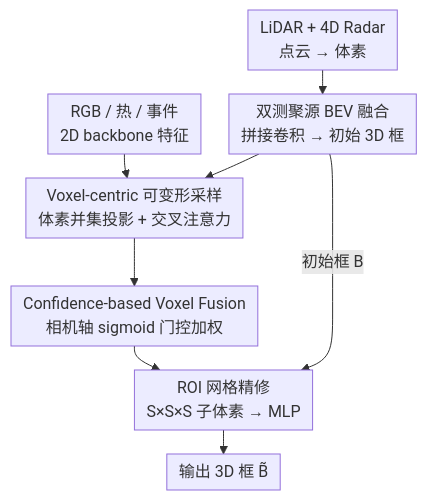
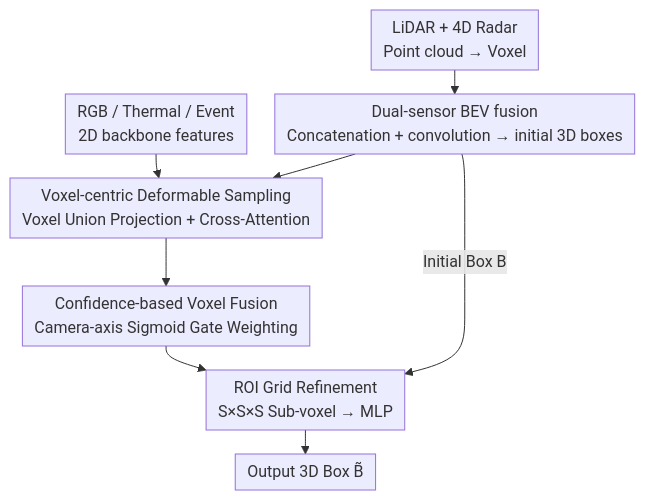
Before and after one commit to zhaoyang97/Paper-Notes-en: the diagram in docs/CVPR2026/autonomous_driving/dsert-roll_robust_multi-modal_perception_for_diverse_driving_conditions_with_ste.md, drawn with Mermaid. The commit also changed 644 other files, not shown here.

````diff
--- a/docs/CVPR2026/autonomous_driving/dsert-roll_robust_multi-modal_perception_for_diverse_driving_conditions_with_ste.md
+++ b/docs/CVPR2026/autonomous_driving/dsert-roll_robust_multi-modal_perception_for_diverse_driving_conditions_with_ste.md
@@ -49,11 +49,11 @@
 ```mermaid
 %%{init: {'flowchart': {'rankSpacing': 24, 'nodeSpacing': 28, 'padding': 6, 'wrappingWidth': 400}}}%%
 flowchart TD
-    A["LiDAR + 4D Radar<br/>点云 → 体素"] --> B["双测聚源 BEV 融合<br/>拼接卷积 → 初始 3D 框"]
-    C["RGB / 热 / 事件<br/>2D backbone 特征"] --> D
-    B --> D["Voxel-centric 可变形采样<br/>体素并集投影 + 交叉注意力"]
-    D --> E["Confidence-based Voxel Fusion<br/>相机轴 sigmoid 门控加权"]
-    E --> F["ROI 网格精修<br/>S×S×S 子体素 → MLP"]
-    B -->|初始框 B| F
-    F --> G["输出 3D 框 B̃"]
+    A["LiDAR + 4D Radar<br/>Point cloud → Voxel"] --> B["Dual-sensor BEV fusion<br/>Concatenation + convolution → initial 3D boxes"]
+    C["RGB / Thermal / Event<br/>2D backbone features"] --> D
+    B --> D["Voxel-centric Deformable Sampling<br/>Voxel Union Projection + Cross-Attention"]
+    D --> E["Confidence-based Voxel Fusion<br/>Camera-axis Sigmoid Gate Weighting"]
+    E --> F["ROI Grid Refinement<br/>S×S×S Sub-voxel → MLP"]
+    B -->|"Initial Box B"| F
+    F --> G["Output 3D Box B̃"]
 ```
````
